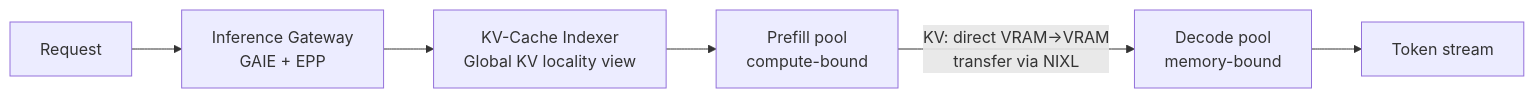
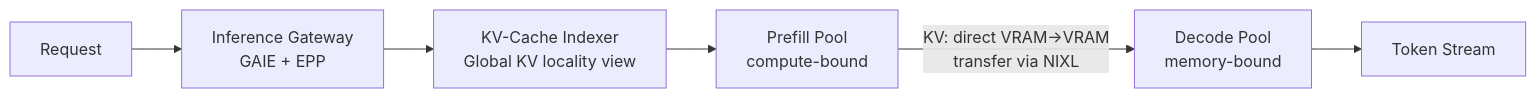
The first of 2 diagrams in _posts/en/llmops/2026-06-20-llm-d-distributed-inference-heterogeneous-accelerators.md (ThakiCloud/thakicloud.github.io), drawn with Mermaid before and after one commit. The commit also changed other lines of this file and 2 other files, not shown here.

````diff
--- a/_posts/en/llmops/2026-06-20-llm-d-distributed-inference-heterogeneous-accelerators.md
+++ b/_posts/en/llmops/2026-06-20-llm-d-distributed-inference-heterogeneous-accelerators.md
@@ -57,8 +60,8 @@
 ```mermaid
 flowchart LR
     A["Request"] --> B["Inference Gateway<br/>GAIE + EPP"]
     B --> C["KV-Cache Indexer<br/>Global KV locality view"]
-    C --> D["Prefill pool<br/>compute-bound"]
-    D -- "KV: direct VRAM→VRAM<br/>transfer via NIXL" --> E["Decode pool<br/>memory-bound"]
-    E --> F["Token stream"]
+    C --> D["Prefill Pool<br/>compute-bound"]
+    D -- "KV: direct VRAM→VRAM<br/>transfer via NIXL" --> E["Decode Pool<br/>memory-bound"]
+    E --> F["Token Stream"]
 ```
````
